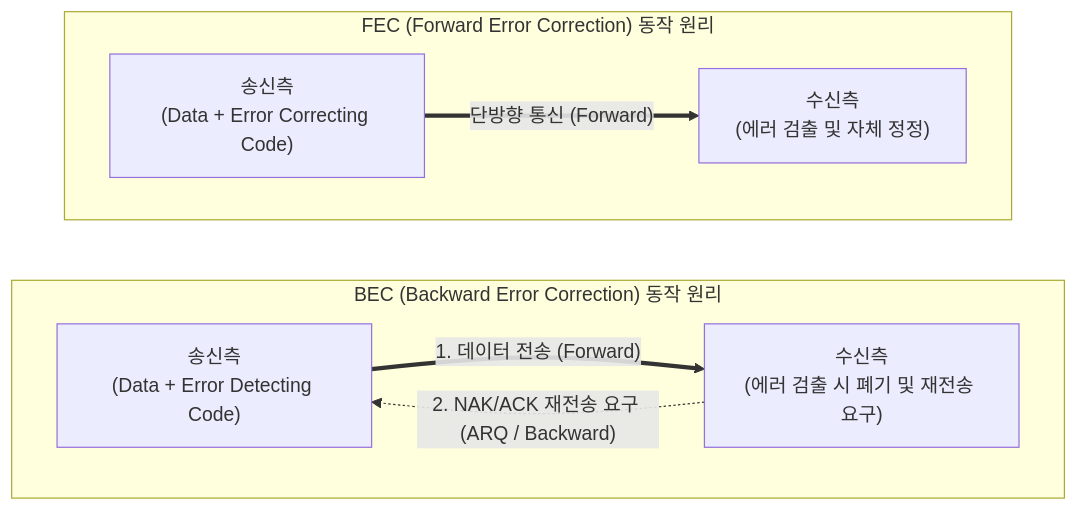
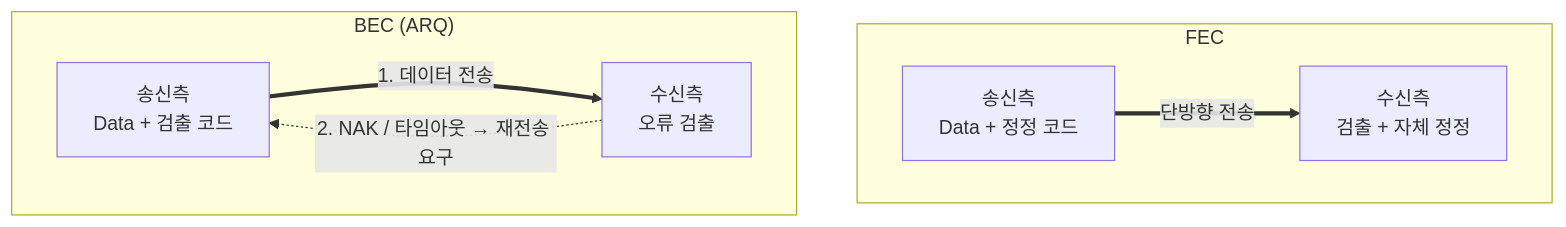
One commit to supremethumb/supremethumb.github.io changed the first of 2 diagrams in content/01_IT Tech/FEC(Forward Error Correction) BEC(Backward Error Correction).md. Above: the diagram before and after it, drawn with Mermaid. The commit also changed other lines of this file and 1087 other files, not shown here.

````diff
--- a/content/01_IT Tech/FEC(Forward Error Correction) BEC(Backward Error Correction).md
+++ b/content/01_IT Tech/FEC(Forward Error Correction) BEC(Backward Error Correction).md
@@ -26,22 +38,12 @@
 ```mermaid
 flowchart TD
-    subgraph FEC_Process["FEC (Forward Error Correction) 동작 원리"]
+    subgraph FEC["FEC"]
         direction LR
-        Tx1["송신측<br/>(Data + Error Correcting Code)"]
-        Rx1["수신측<br/>(에러 검출 및 자체 정정)"]
-        
-        Tx1 ==>|"단방향 통신 (Forward)"| Rx1
+        Tx1["송신측<br/>Data + 정정 코드"] ==>|"단방향 전송"| Rx1["수신측<br/>검출 + 자체 정정"]
     end
-
-    subgraph BEC_Process["BEC (Backward Error Correction) 동작 원리"]
+    subgraph BEC["BEC (ARQ)"]
         direction LR
-        Tx2["송신측<br/>(Data + Error Detecting Code)"]
-        Rx2["수신측<br/>(에러 검출 시 폐기 및 재전송 요구)"]
-        
-        Tx2 ==>|"1. 데이터 전송 (Forward)"| Rx2
-        Rx2 -.->|"2. NAK/ACK 재전송 요구 (ARQ / Backward)"| Tx2
+        Tx2["송신측<br/>Data + 검출 코드"] ==>|"1. 데이터 전송"| Rx2["수신측<br/>오류 검출"]
+        Rx2 -.->|"2. NAK / 타임아웃 → 재전송 요구"| Tx2
     end
-    
-    FEC_Process ~~~ BEC_Process
-
 ```
````
